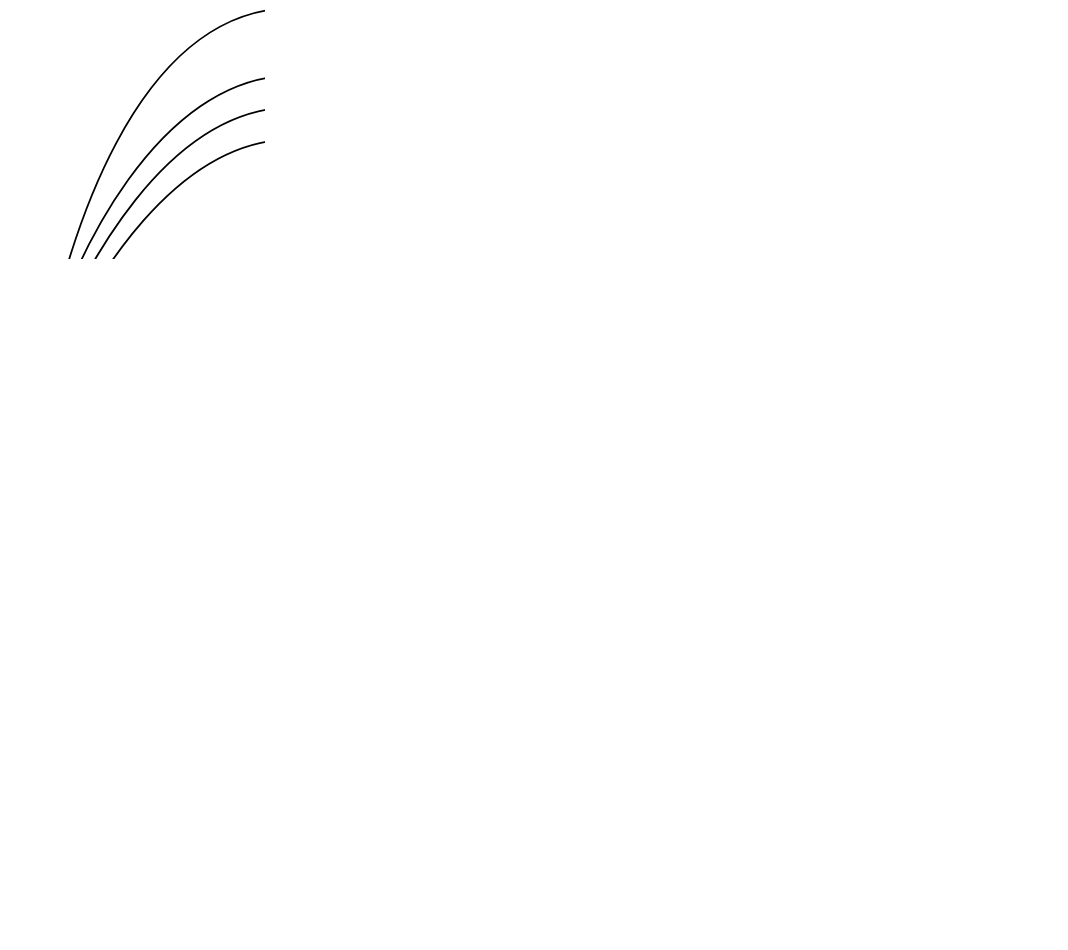
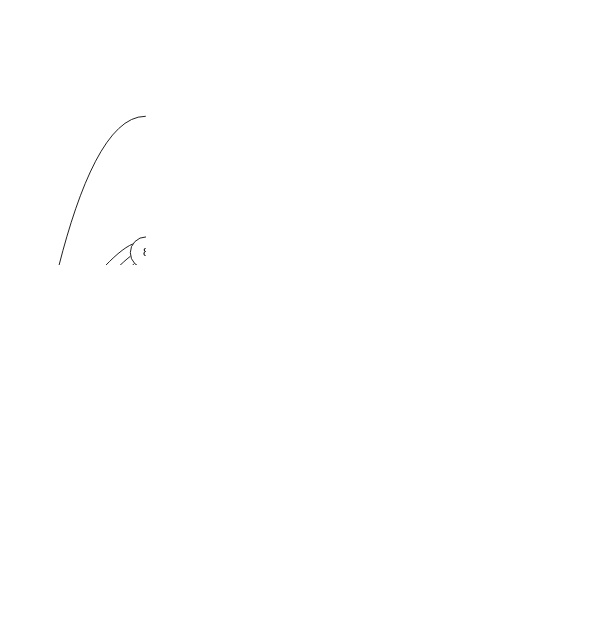
Before and after one commit to mickey-is-codin/data-structures: the diagram in graphs-networks/c-networks/graphviz/list_graph.dot, drawn with Graphviz. The commit also changed 3 other files, not shown here.

```diff
--- a/graphs-networks/c-networks/graphviz/list_graph.dot
+++ b/graphs-networks/c-networks/graphviz/list_graph.dot
@@ -1,52 +1,107 @@
 graph unix {
 	graph [ dpi = 300 ];
 	node [shape=circle];
 	size="6,6";
 	rankdir="LR";
 
 	"0" -- "7"
+	"0" -- "8"
+	"0" -- "8"
+	"0" -- "2"
+	"0" -- "8"
+	"0" -- "7"
 	"0" -- "3"
 	"0" -- "9"
-	"0" -- "6"
-	"0" -- "5"
-	"0" -- "6"
-	"0" -- "5"
-	"0" -- "5"
-	"0" -- "1"
+	"1" -- "3"
+	"1" -- "8"
+	"1" -- "5"
+	"1" -- "0"
+	"1" -- "7"
+	"1" -- "7"
+	"1" -- "5"
+	"1" -- "4"
+	"1" -- "3"
 	"1" -- "6"
-	"1" -- "5"
-	"1" -- "3"
-	"2" -- "9"
 	"2" -- "3"
+	"2" -- "4"
+	"2" -- "8"
+	"2" -- "7"
+	"2" -- "6"
+	"2" -- "8"
+	"2" -- "8"
 	"2" -- "5"
-	"2" -- "9"
-	"2" -- "4"
+	"2" -- "7"
+	"3" -- "5"
+	"3" -- "0"
+	"3" -- "1"
+	"3" -- "9"
+	"3" -- "9"
+	"3" -- "7"
+	"3" -- "1"
+	"3" -- "7"
 	"3" -- "2"
-	"3" -- "1"
-	"3" -- "8"
 	"3" -- "9"
-	"4" -- "7"
+	"3" -- "4"
+	"3" -- "0"
+	"3" -- "5"
+	"3" -- "4"
+	"4" -- "3"
+	"4" -- "2"
+	"4" -- "5"
+	"4" -- "0"
+	"4" -- "6"
+	"4" -- "5"
 	"4" -- "8"
-	"4" -- "8"
+	"4" -- "9"
+	"4" -- "6"
 	"4" -- "5"
-	"4" -- "9"
-	"4" -- "2"
-	"4" -- "1"
-	"4" -- "6"
+	"4" -- "3"
+	"4" -- "3"
+	"5" -- "3"
+	"5" -- "3"
+	"5" -- "8"
 	"5" -- "2"
-	"5" -- "1"
-	"5" -- "4"
+	"5" -- "2"
+	"5" -- "0"
+	"5" -- "9"
+	"5" -- "6"
+	"5" -- "3"
+	"6" -- "3"
+	"6" -- "1"
 	"6" -- "9"
-	"6" -- "8"
-	"6" -- "0"
+	"6" -- "4"
+	"6" -- "4"
+	"6" -- "2"
+	"6" -- "1"
+	"6" -- "7"
+	"6" -- "7"
+	"6" -- "7"
+	"7" -- "8"
 	"7" -- "9"
+	"7" -- "4"
 	"7" -- "5"
-	"8" -- "3"
-	"8" -- "7"
-	"8" -- "5"
-	"8" -- "9"
-	"8" -- "3"
+	"7" -- "5"
+	"7" -- "5"
+	"7" -- "5"
+	"7" -- "1"
+	"7" -- "8"
 	"8" -- "4"
 	"8" -- "0"
+	"8" -- "7"
+	"8" -- "2"
+	"8" -- "0"
+	"8" -- "2"
+	"8" -- "4"
+	"8" -- "5"
+	"8" -- "5"
+	"8" -- "5"
+	"8" -- "2"
 	"9" -- "4"
+	"9" -- "1"
+	"9" -- "8"
+	"9" -- "3"
+	"9" -- "1"
+	"9" -- "8"
+	"9" -- "4"
+	"9" -- "3"
 }
```
